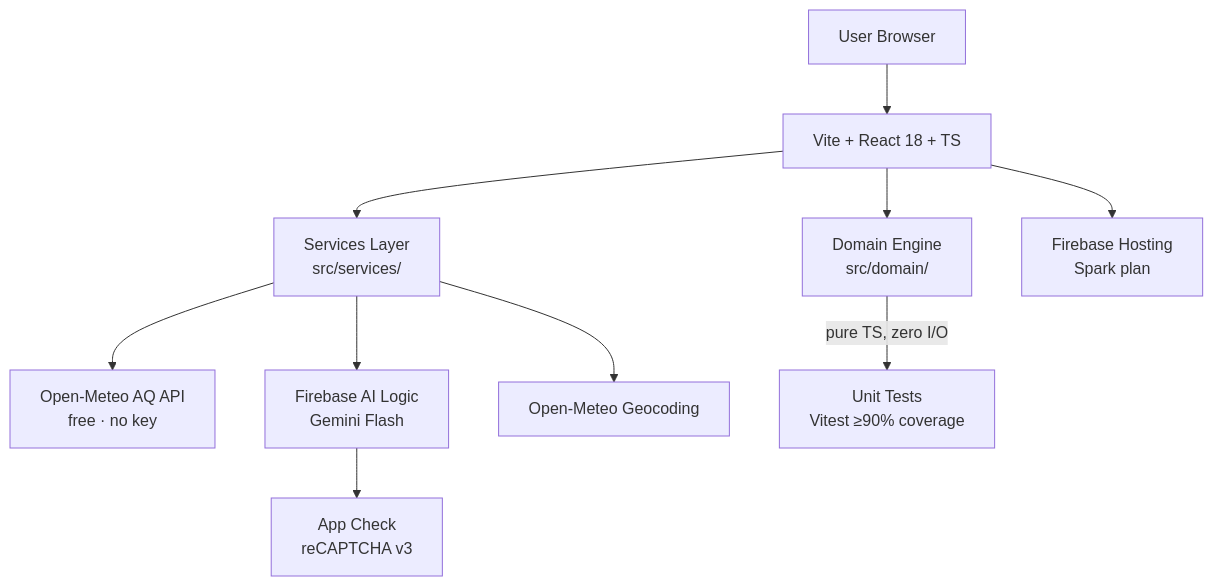
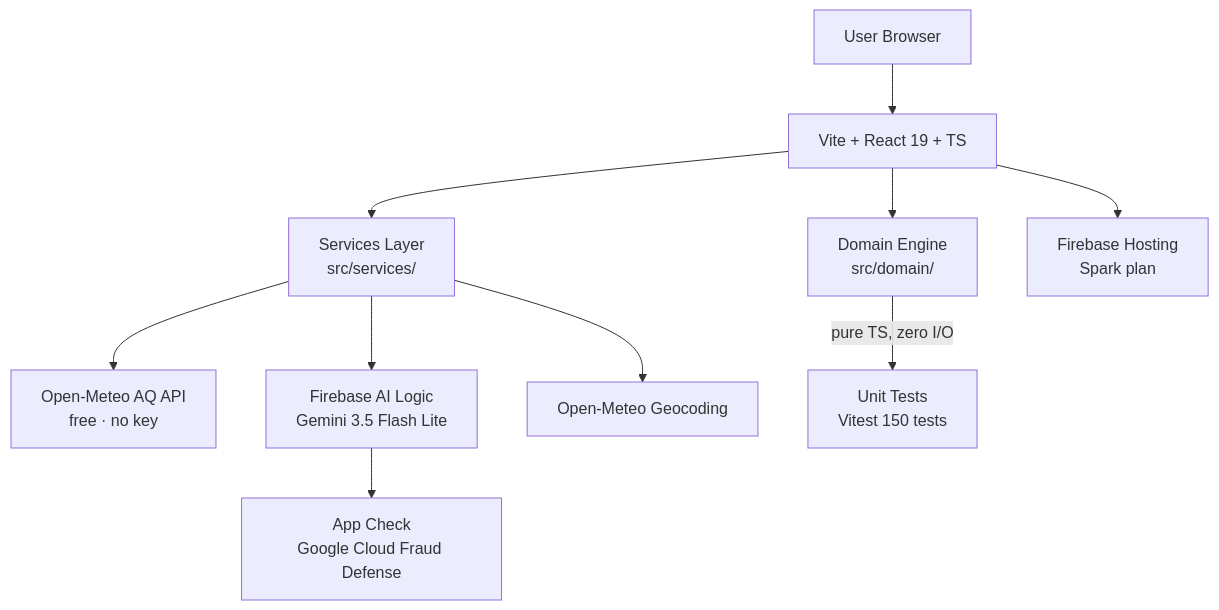
The diagram in README.md (kh-nabeel/Air-Quality-Assistant), drawn with Mermaid before and after one commit. The commit also changed other lines of this file and 14 other files, not shown here.

````diff
--- a/README.md
+++ b/README.md
@@ -33,12 +33,12 @@
 ```mermaid
 flowchart TD
-    A[User Browser] --> B[Vite + React 18 + TS]
+    A[User Browser] --> B[Vite + React 19 + TS]
     B --> C[Domain Engine\nsrc/domain/]
     B --> D[Services Layer\nsrc/services/]
     D --> E[Open-Meteo AQ API\nfree · no key]
-    D --> F[Firebase AI Logic\nGemini Flash]
+    D --> F[Firebase AI Logic\nGemini 3.5 Flash Lite]
     D --> G[Open-Meteo Geocoding]
     B --> H[Firebase Hosting\nSpark plan]
-    C -->|pure TS, zero I/O| I[Unit Tests\nVitest ≥90% coverage]
-    F --> J[App Check\nreCAPTCHA v3]
+    C -->|pure TS, zero I/O| I[Unit Tests\nVitest 150 tests]
+    F --> J[App Check\nGoogle Cloud Fraud Defense]
 ```
````
